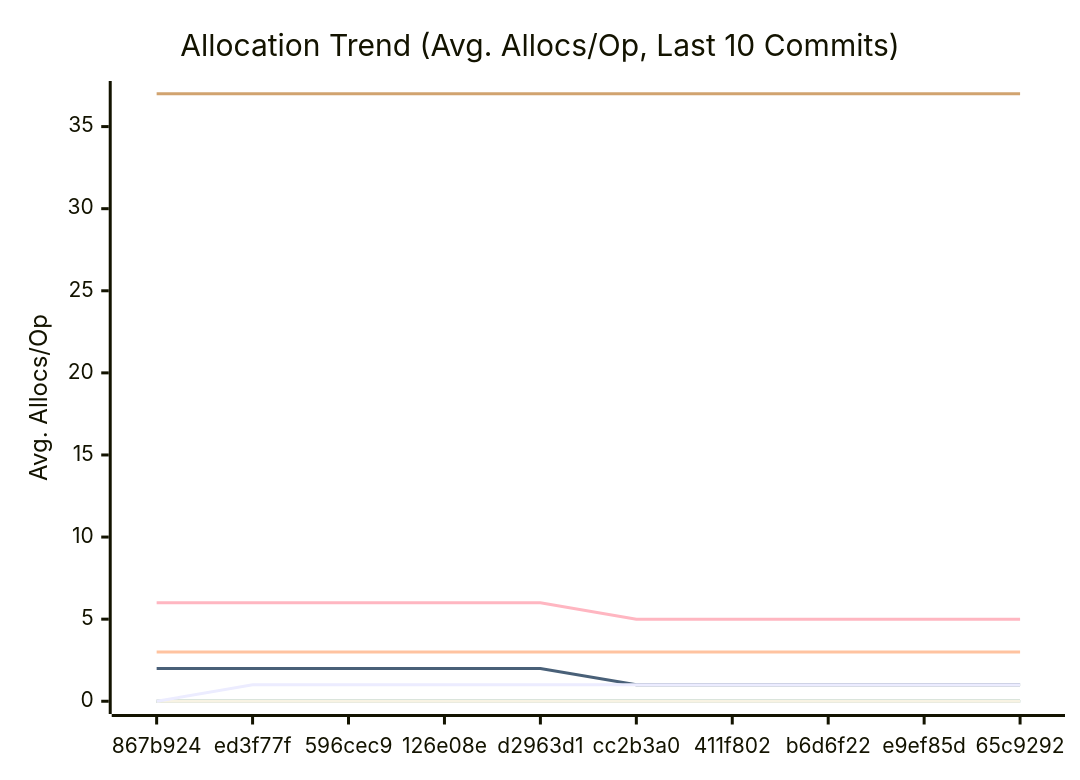
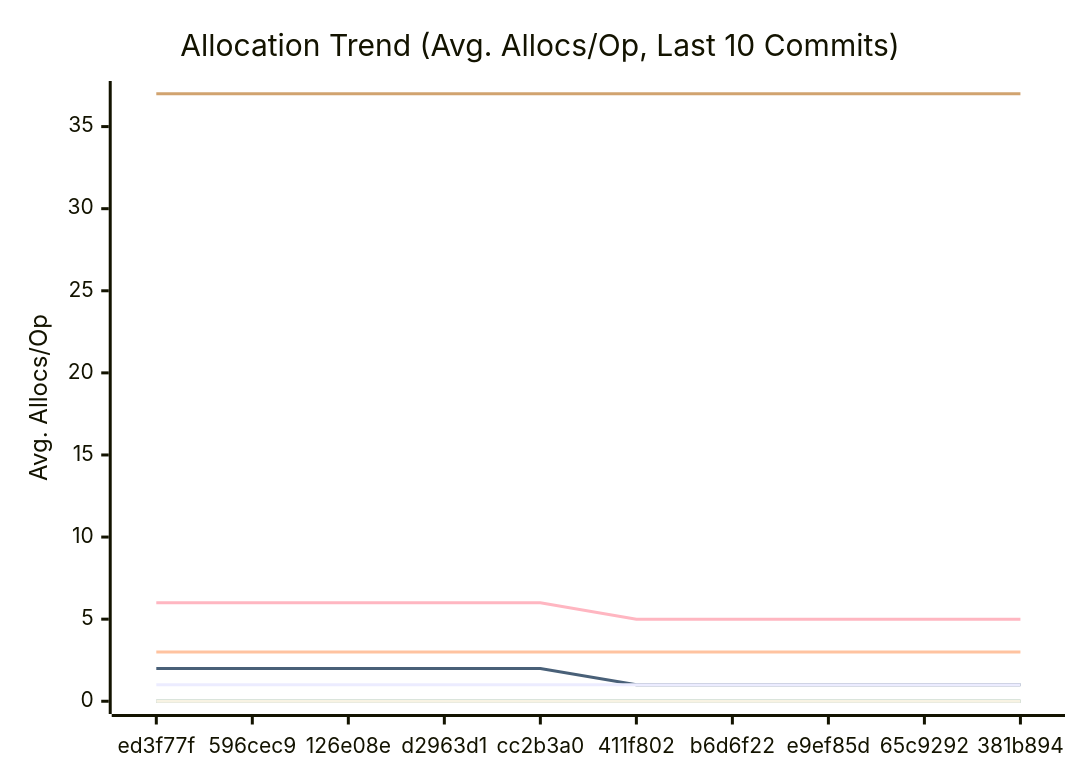
Before and after one commit to alsotoes/momo: the third of 3 diagrams in docs/PERFORMANCE.md, drawn with Mermaid. The commit also changed other lines of this file and 2 other files, not shown here.

Commit message:
fix: log error when removing metadata for orphaned blob (#605)

````diff
--- a/docs/PERFORMANCE.md
+++ b/docs/PERFORMANCE.md
@@ -176,18 +176,18 @@
 ```mermaid
 xychart-beta
     title "Allocation Trend (Avg. Allocs/Op, Last 10 Commits)"
     x-axis "Commit"
     y-axis "Avg. Allocs/Op"
-    x-axis [867b924,ed3f77f,596cec9,126e08e,d2963d1,cc2b3a0,411f802,b6d6f22,e9ef85d,65c9292]
+    x-axis [ed3f77f,596cec9,126e08e,d2963d1,cc2b3a0,411f802,b6d6f22,e9ef85d,65c9292,381b894]
     line "CheckMetricsAndSwap" [0,0,0,0,0,0,0,0,0,0]
     line "CrushOptimized" [0,0,0,0,0,0,0,0,0,0]
     line "CrushOriginal" [3,3,3,3,3,3,3,3,3,3]
     line "IndexDirectTracking" [0,0,0,0,0,0,0,0,0,0]
     line "IndexSearch" [0,0,0,0,0,0,0,0,0,0]
     line "LoadGlobalConfig" [37,37,37,37,37,37,37,37,37,37]
     line "PadString" [0,0,0,0,0,0,0,0,0,0]
     line "ParseReplicationOrder_NoPrealloc" [6,6,6,6,6,5,5,5,5,5]
     line "ParseReplicationOrder_Prealloc" [2,2,2,2,2,1,1,1,1,1]
     line "SanitizeLog/Safe" [0,0,0,0,0,0,0,0,0,0]
-    line "SanitizeLog/Unsafe" [0,1,1,1,1,1,1,1,1,1]
+    line "SanitizeLog/Unsafe" [1,1,1,1,1,1,1,1,1,1]
 ```
````
